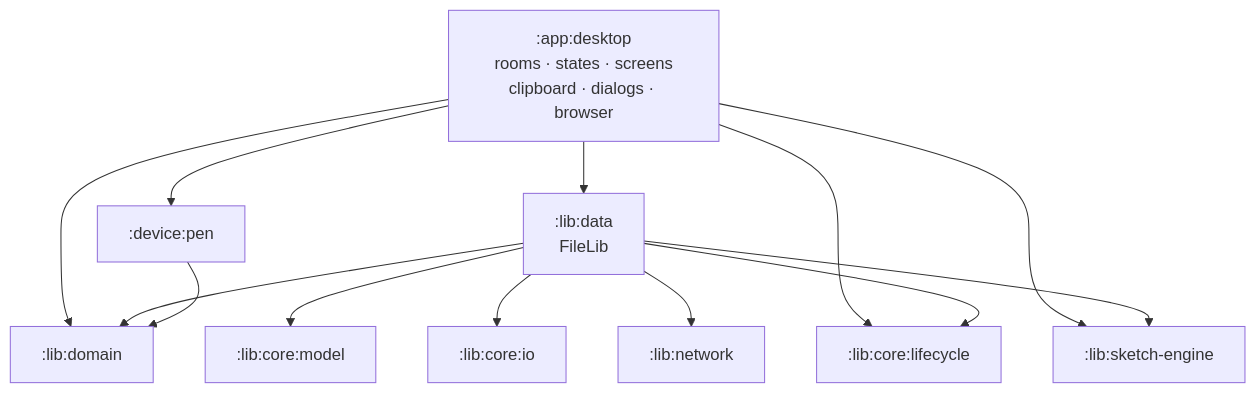
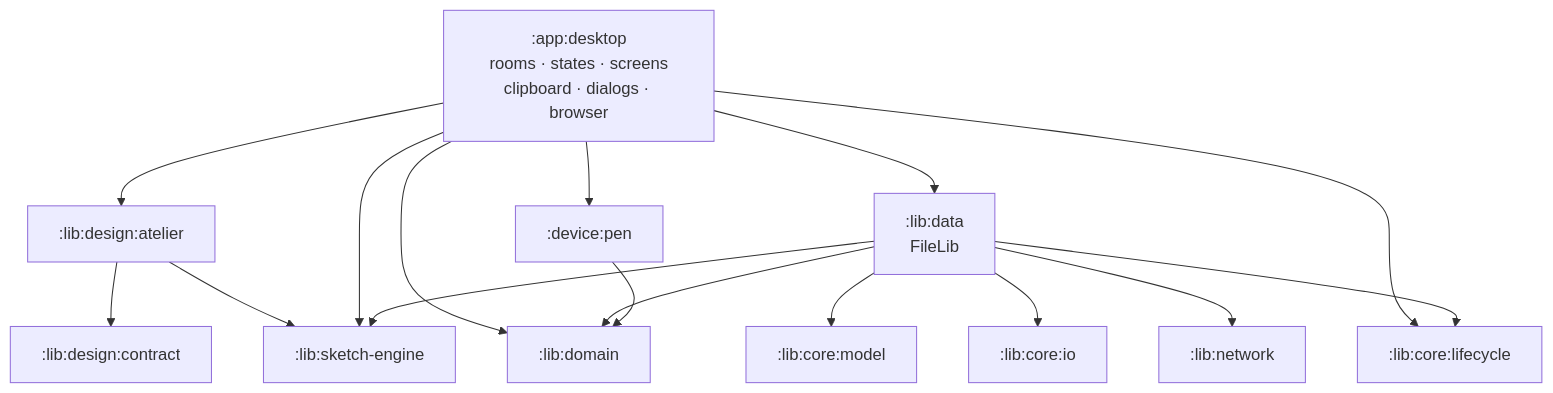
The second of 2 diagrams in docs/Architecture.md (cwellm/ActionDraw), drawn with Mermaid before and after one commit. The commit also changed other lines of this file and 80 other files, not shown here.

````diff
--- a/docs/Architecture.md
+++ b/docs/Architecture.md
@@ -145,16 +145,19 @@
 ```mermaid
 flowchart TB
   desktop[":app:desktop<br/>rooms · states · screens<br/>clipboard · dialogs · browser"]
+  desktop --> atelier[":lib:design:atelier"]
+  atelier --> contract[":lib:design:contract"]
+  atelier --> engine
   desktop --> data[":lib:data<br/>FileLib"]
   desktop --> domain[":lib:domain"]
   desktop --> lifecycle[":lib:core:lifecycle"]
   desktop --> engine[":lib:sketch-engine"]
   desktop --> pen[":device:pen"]
   data --> domain
   data --> model[":lib:core:model"]
   data --> io[":lib:core:io"]
   data --> network[":lib:network"]
   data --> lifecycle
   data --> engine
   pen --> domain
 ```
````
